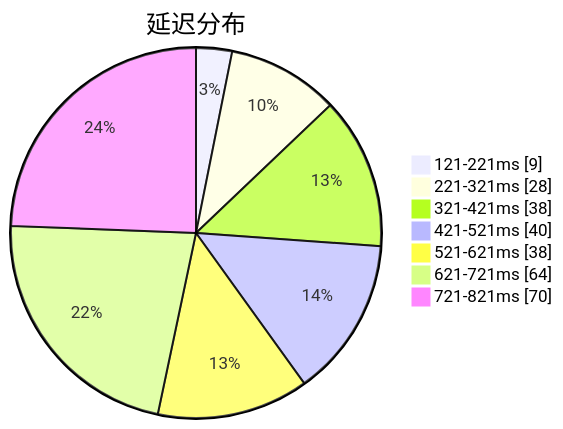
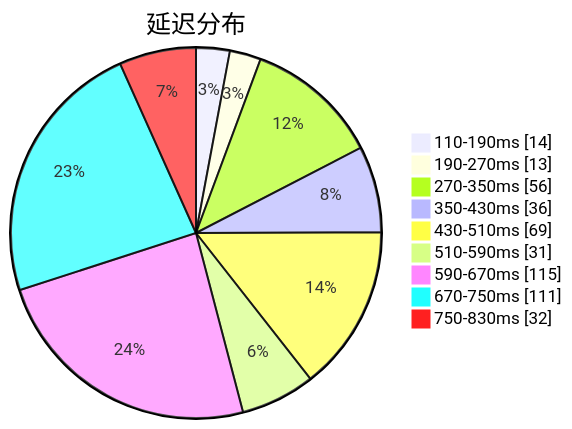
Before and after one commit to sinspired/airport: the first of 3 diagrams in subs/statistics/tested_within.md, drawn with Mermaid. The commit also changed other lines of this file and 2 other files, not shown here.

````diff
--- a/subs/statistics/tested_within.md
+++ b/subs/statistics/tested_within.md
@@ -2,11 +2,13 @@
 ```mermaid
 pie showData
 title 延迟分布
-"121-221ms" : 9
-"221-321ms" : 28
-"321-421ms" : 38
-"421-521ms" : 40
-"521-621ms" : 38
-"621-721ms" : 64
-"721-821ms" : 70
+"110-190ms" : 14
+"190-270ms" : 13
+"270-350ms" : 56
+"350-430ms" : 36
+"430-510ms" : 69
+"510-590ms" : 31
+"590-670ms" : 115
+"670-750ms" : 111
+"750-830ms" : 32
 ```
````
